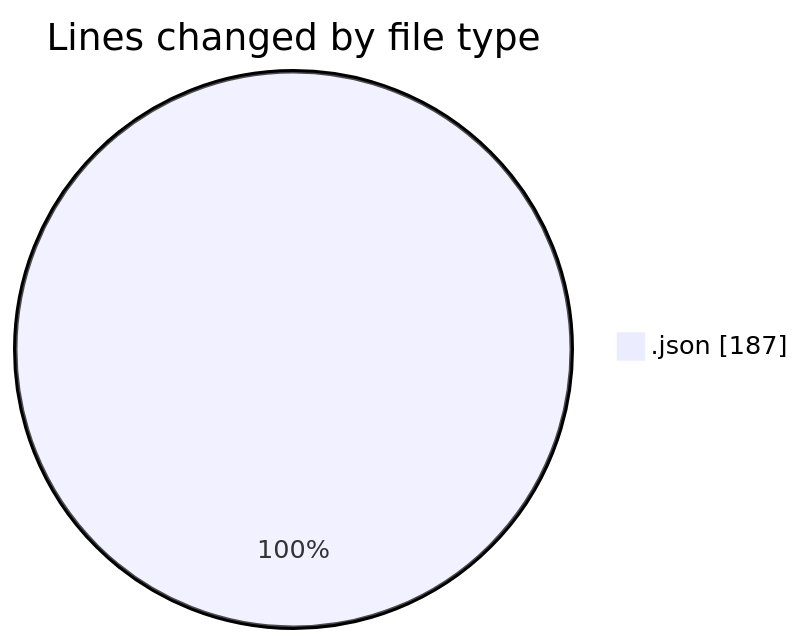
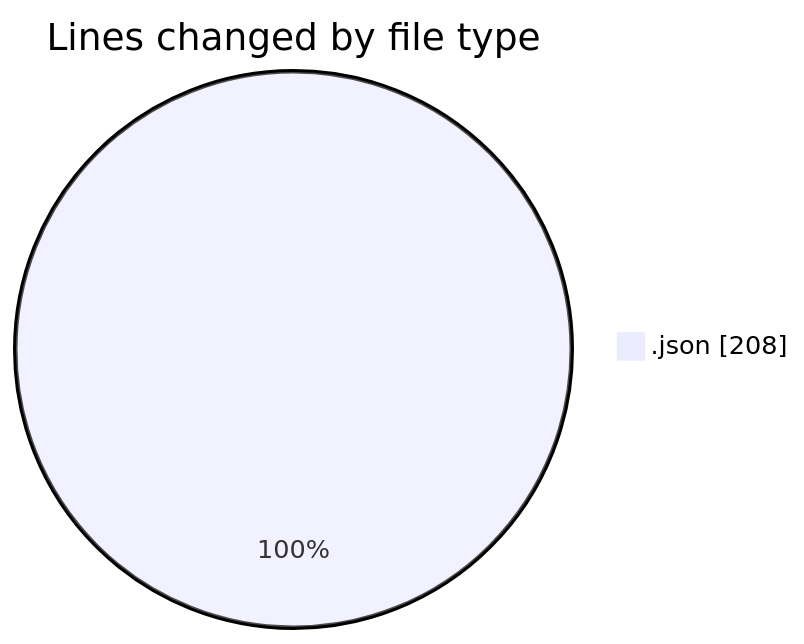
Before and after one commit to EIIisD/code-tracking: the first of 2 diagrams in 2025-07-29/refunds/README.md, drawn with Mermaid. The commit also changed other lines of this file and 1 other file, not shown here.

````diff
--- a/2025-07-29/refunds/README.md
+++ b/2025-07-29/refunds/README.md
@@ -20,5 +20,5 @@
 ```mermaid
 pie showData
 title Lines changed by file type
-".json" : 187
+".json" : 208
 ```
````
